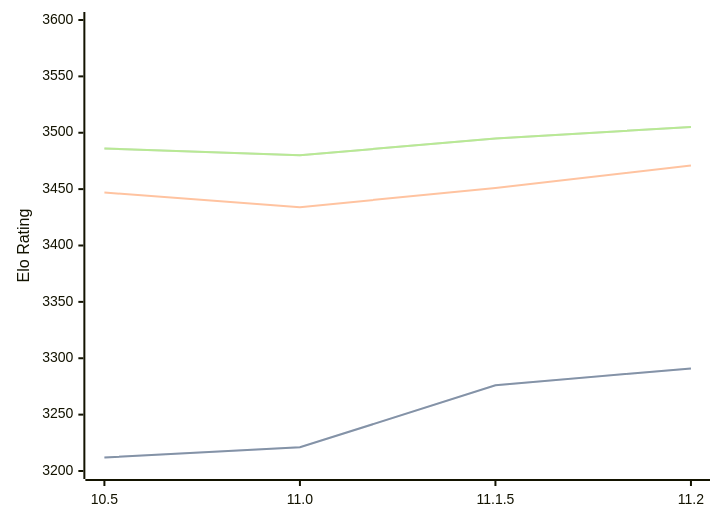
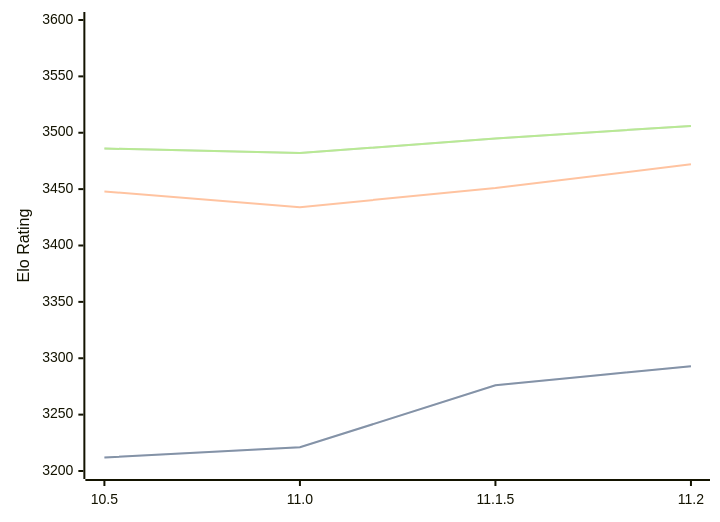
One commit to computer-chess-index/cci changed the diagram in engines/Lizard.md. Above: the diagram before and after it, drawn with Mermaid. The commit also changed other lines of this file, not shown here.

Commit message:
Update CCI Ratings (ELO VLTC) - 2026-07-29

````diff
--- a/engines/Lizard.md
+++ b/engines/Lizard.md
@@ -46,11 +46,11 @@
 ```mermaid
 %%{init: {"theme":"base","themeVariables":{"seriesColors:['#a3a3a3','#222221','#faa371']}}}%%
 xychart-beta
   x-axis ["10.5", "11.0", "11.1.5", "11.2"]
   y-axis "Elo Rating" 3200 --> 3600
-  line "STC (8.0+0.08s)" [3212, 3221, 3276, 3291]
-  line "STC (8.0+0.08s)" [3212, 3221, 3276, 3291]
-  line "LTC (60.0+0.60s)" [3447, 3434, 3451, 3471]
-  line "VLTC (2m24s+1.12s)" [3486, 3480, 3495, 3505]
-  line "VLTC (2m24s+1.12s)" [3486, 3480, 3495, 3505]
+  line "STC (8.0+0.08s)" [3212, 3221, 3276, 3293]
+  line "STC (8.0+0.08s)" [3212, 3221, 3276, 3293]
+  line "LTC (60.0+0.60s)" [3448, 3434, 3451, 3472]
+  line "VLTC (2m24s+1.12s)" [3486, 3482, 3495, 3506]
+  line "VLTC (2m24s+1.12s)" [3486, 3482, 3495, 3506]
 ```
````
